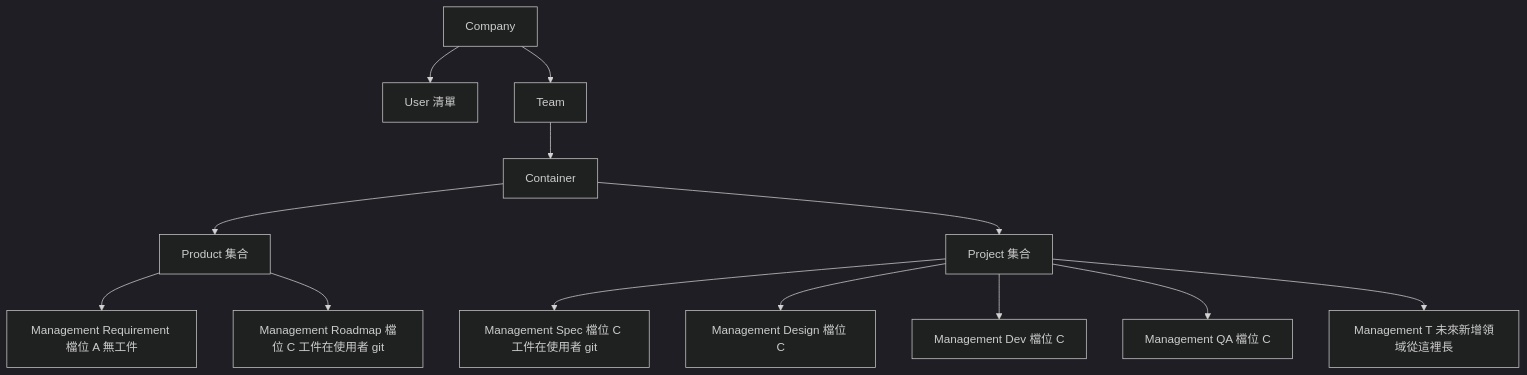
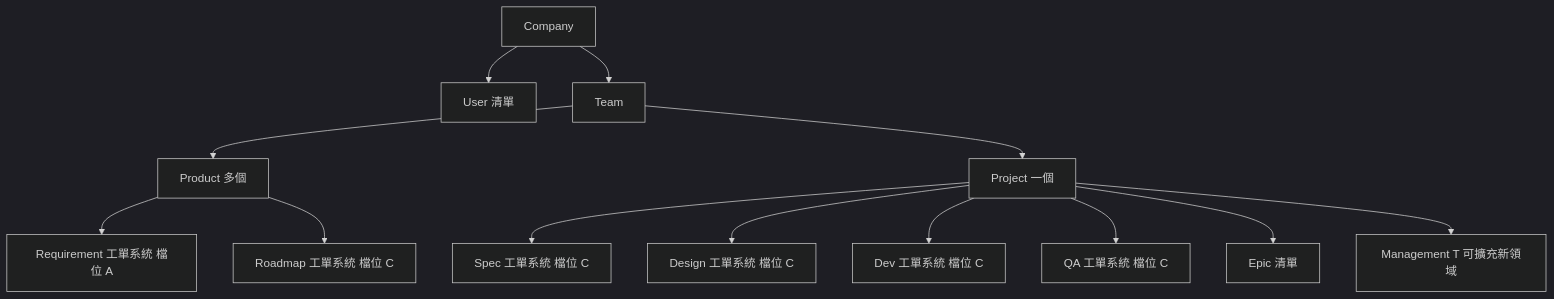
The first of 2 diagrams in no03_Product_Management_Guide/no1_Product_Management_Foundation/no3_igotthis_system_concept/no3_organization_structure.md (almightyken0425/KnowledgeVault), drawn with Mermaid (dark theme) before and after one commit. The commit also changed other lines of this file and 7 other files, not shown here.

````diff
--- a/no03_Product_Management_Guide/no1_Product_Management_Foundation/no3_igotthis_system_concept/no3_organization_structure.md
+++ b/no03_Product_Management_Guide/no1_Product_Management_Foundation/no3_igotthis_system_concept/no3_organization_structure.md
@@ -12,15 +12,15 @@
 ```mermaid
 flowchart TD
     Company["Company"] --> Users["User 清單"]
     Company --> Team["Team"]
-    Team --> Container["Container"]
-    Container --> ProductSet["Product 集合"]
-    Container --> ProjectSet["Project 集合"]
-    ProductSet --> MReq["Management Requirement 檔位 A 無工件"]
-    ProductSet --> MRoad["Management Roadmap 檔位 C 工件在使用者 git"]
-    ProjectSet --> MSpec["Management Spec 檔位 C 工件在使用者 git"]
-    ProjectSet --> MDesign["Management Design 檔位 C"]
-    ProjectSet --> MDev["Management Dev 檔位 C"]
-    ProjectSet --> MQA["Management QA 檔位 C"]
-    ProjectSet --> MT["Management T 未來新增領域從這裡長"]
+    Team --> Product["Product 多個"]
+    Team --> Project["Project 一個"]
+    Product --> MReq["Requirement 工單系統 檔位 A"]
+    Product --> MRoad["Roadmap 工單系統 檔位 C"]
+    Project --> MSpec["Spec 工單系統 檔位 C"]
+    Project --> MDesign["Design 工單系統 檔位 C"]
+    Project --> MDev["Dev 工單系統 檔位 C"]
+    Project --> MQA["QA 工單系統 檔位 C"]
+    Project --> Epics["Epic 清單"]
+    Project --> MT["Management T 可擴充新領域"]
 ```
````
